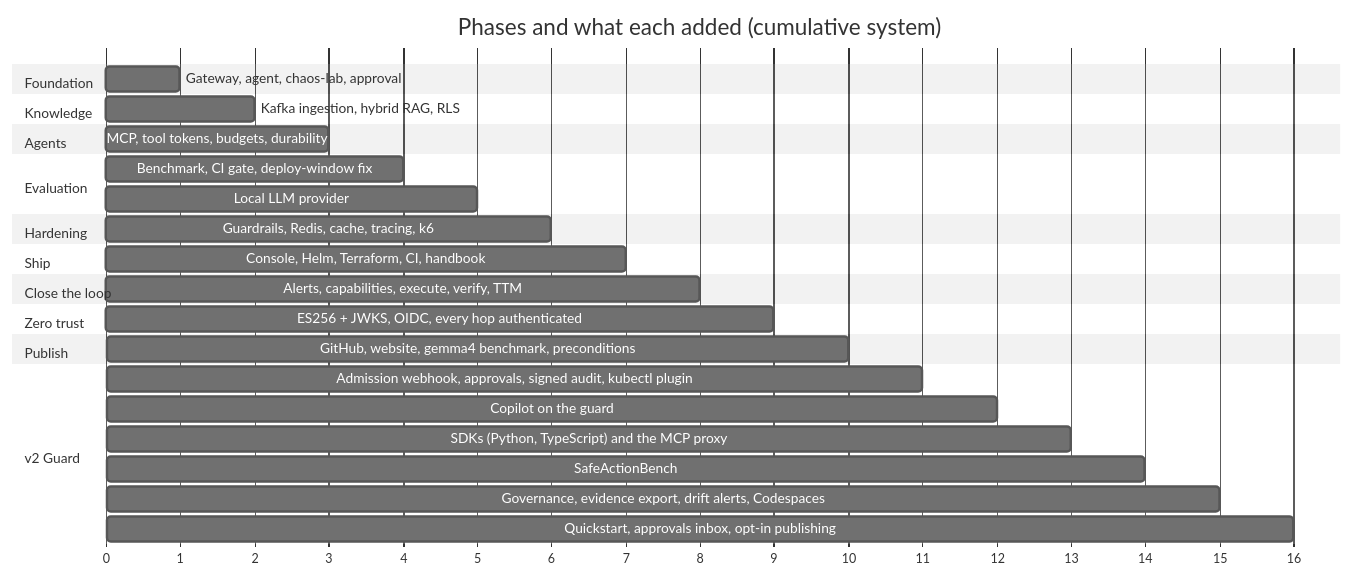
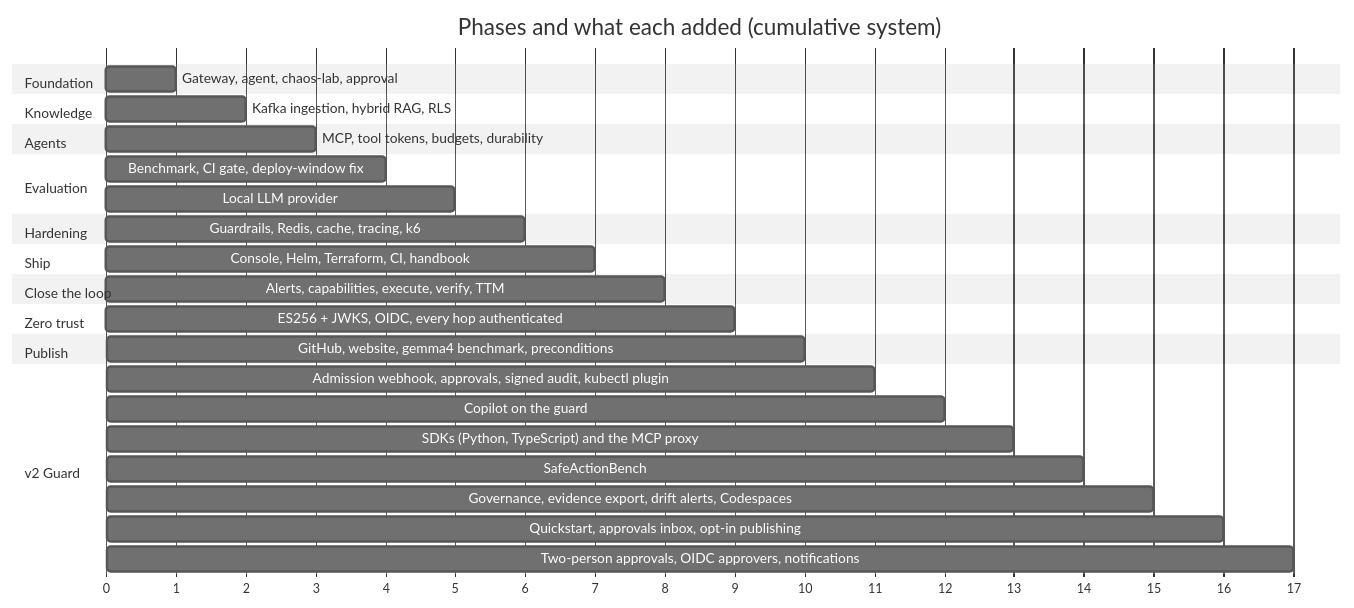
The diagram in docs/handbook/diagrams/15-gantt.mmd (abdulmdev/sentinel-incident-copilot), drawn with Mermaid (neutral theme) before and after one commit. The commit also changed 67 other files, not shown here.

```diff
--- a/docs/handbook/diagrams/15-gantt.mmd
+++ b/docs/handbook/diagrams/15-gantt.mmd
@@ -1,30 +1,31 @@
 gantt
   title Phases and what each added (cumulative system)
   dateFormat X
   axisFormat %s
   section Foundation
   Gateway, agent, chaos-lab, approval      :p1, 0, 1
   section Knowledge
   Kafka ingestion, hybrid RAG, RLS         :p2, 1, 2
   section Agents
   MCP, tool tokens, budgets, durability    :p3, 2, 3
   section Evaluation
   Benchmark, CI gate, deploy-window fix    :p4, 3, 4
   Local LLM provider                       :p4b, 4, 5
   section Hardening
   Guardrails, Redis, cache, tracing, k6    :p5, 5, 6
   section Ship
   Console, Helm, Terraform, CI, handbook   :p6, 6, 7
   section Close the loop
   Alerts, capabilities, execute, verify, TTM :p7, 7, 8
   section Zero trust
   ES256 + JWKS, OIDC, every hop authenticated :p8, 8, 9
   section Publish
   GitHub, website, gemma4 benchmark, preconditions :p9, 9, 10
   section v2 Guard
   Admission webhook, approvals, signed audit, kubectl plugin :p10, 10, 11
   Copilot on the guard: one safety core               :p11, 11, 12
   SDKs (Python, TypeScript) and the MCP proxy          :p12, 12, 13
   SafeActionBench: harm with and without a guard        :p13, 13, 14
   Governance, evidence export, drift alerts, Codespaces :p14, 14, 15
   Quickstart, approvals inbox, opt-in publishing        :p15, 15, 16
+  Two-person approvals, OIDC approvers, notifications  :p16, 16, 17
```
